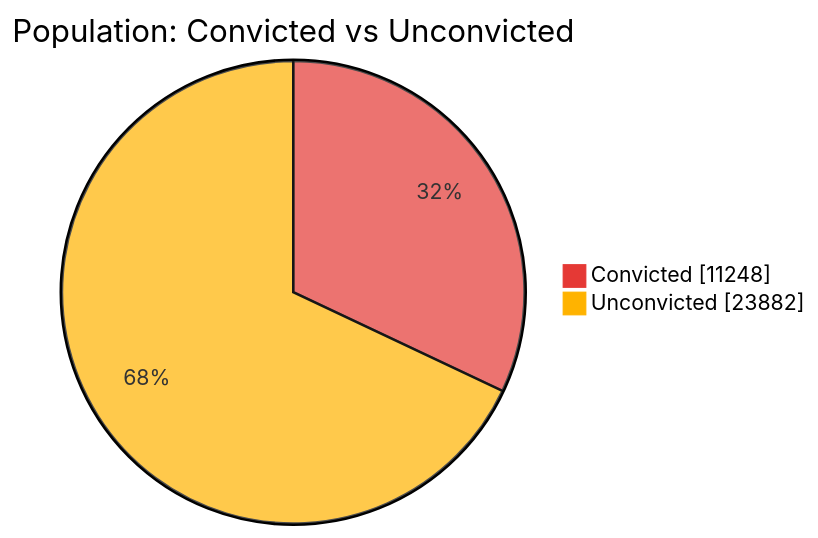
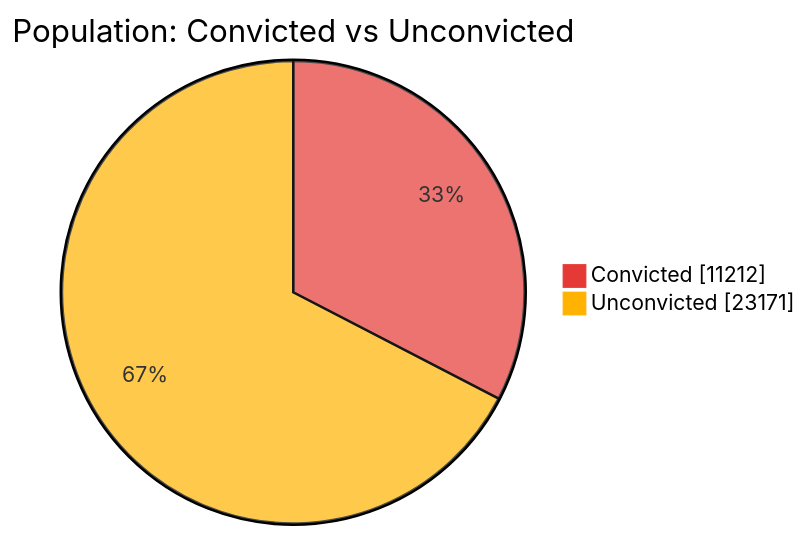
Before and after one commit to nuuuwan/lk_prisons: the first of 7 diagrams in README.md, drawn with Mermaid. The commit also changed other lines of this file and 1 other file, not shown here.

````diff
--- a/README.md
+++ b/README.md
@@ -43,6 +43,6 @@
 ```mermaid
 %%{init: {'themeVariables': {'pie1': '#E53935', 'pie2': '#FFB300'}}}%%
 pie showData title Population: Convicted vs Unconvicted
-    "Convicted" : 11248
-    "Unconvicted" : 23882
+    "Convicted" : 11212
+    "Unconvicted" : 23171
 ```
````
